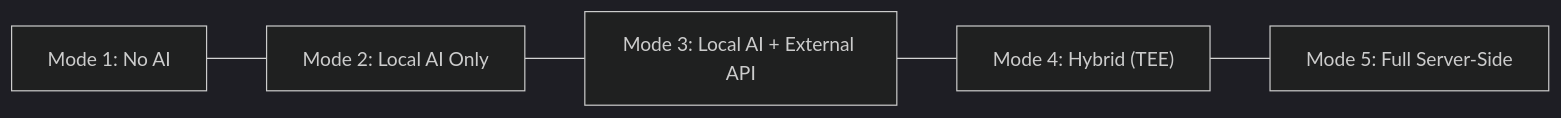
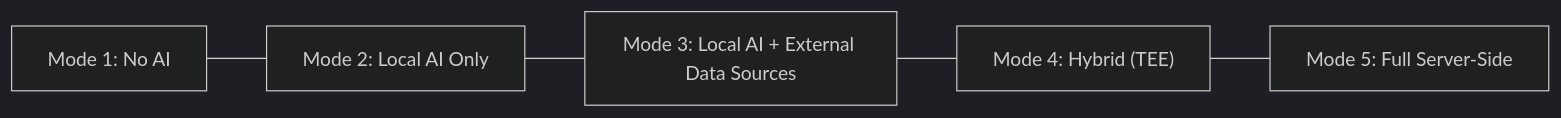
The first of 3 diagrams in blog/ai-privacy-spectrum-across-industries.md (kennguy3n/knowledge), drawn with Mermaid (dark theme) before and after one commit. The commit also changed other lines of this file and 1 other file, not shown here.

Commit message:
docs(blog): correct Mode 3 to Local AI + External Data Sources + connector ownership

````diff
--- a/blog/ai-privacy-spectrum-across-industries.md
+++ b/blog/ai-privacy-spectrum-across-industries.md
@@ -13,9 +20,9 @@
 ```mermaid
 flowchart LR
     M1["Mode 1: No AI"]
     M2["Mode 2: Local AI Only"]
-    M3["Mode 3: Local AI + External API"]
+    M3["Mode 3: Local AI + External Data Sources"]
     M4["Mode 4: Hybrid (TEE)"]
     M5["Mode 5: Full Server-Side"]
     M1 --- M2 --- M3 --- M4 --- M5
 ```
````
